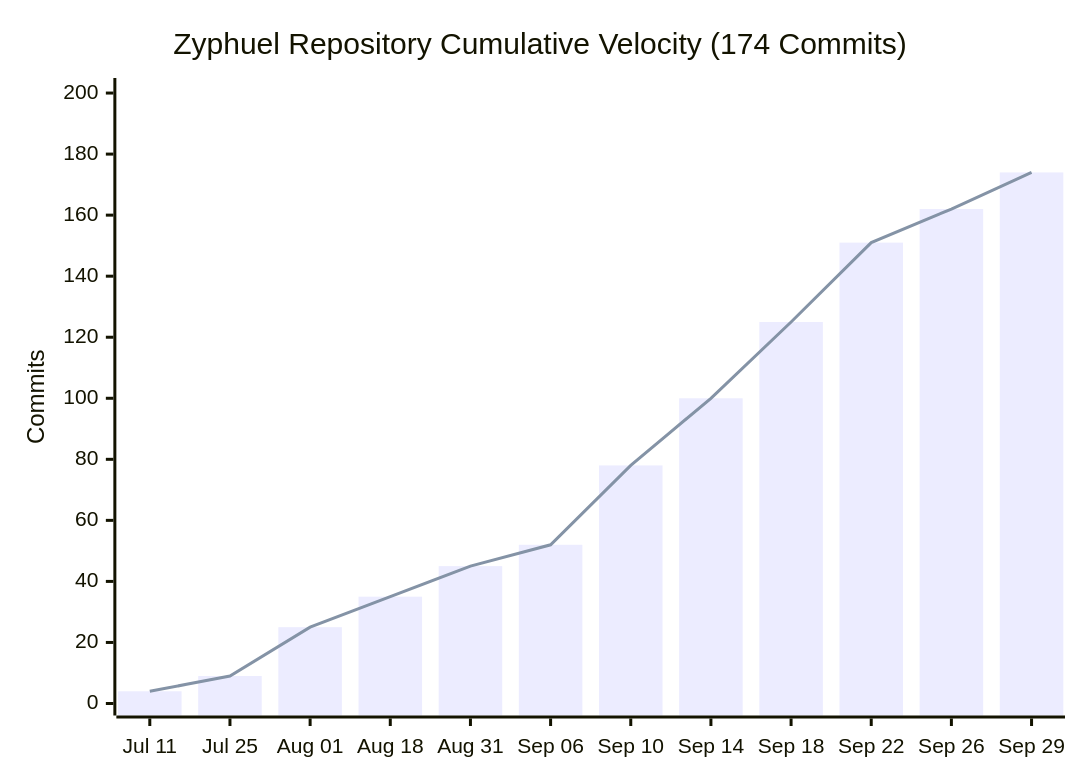
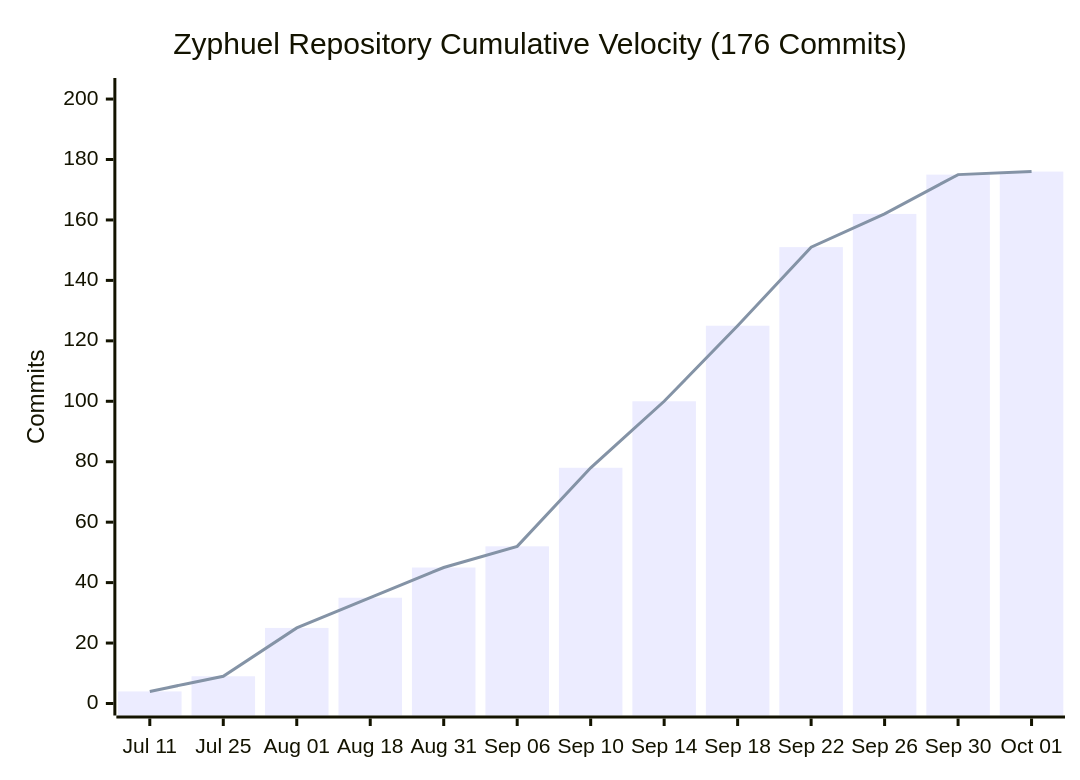
The diagram in README.md (daniyal44/Zyphuel), drawn with Mermaid before and after one commit. The commit also changed other lines of this file and 7 other files, not shown here.

Commit message:
chore(graph): auto-update github commit velocity graph [skip ci]

````diff
--- a/README.md
+++ b/README.md
@@ -155,8 +155,8 @@
 ```mermaid
 xychart-beta
-    title "Zyphuel Repository Cumulative Velocity (174 Commits)"
-    x-axis ["Jul 11", "Jul 25", "Aug 01", "Aug 18", "Aug 31", "Sep 06", "Sep 10", "Sep 14", "Sep 18", "Sep 22", "Sep 26", "Sep 29"]
-    y-axis "Commits" 0 --> 201
-    bar [4, 9, 25, 35, 45, 52, 78, 100, 125, 151, 162, 174]
-    line [4, 9, 25, 35, 45, 52, 78, 100, 125, 151, 162, 174]
+    title "Zyphuel Repository Cumulative Velocity (176 Commits)"
+    x-axis ["Jul 11", "Jul 25", "Aug 01", "Aug 18", "Aug 31", "Sep 06", "Sep 10", "Sep 14", "Sep 18", "Sep 22", "Sep 26", "Sep 30", "Oct 01"]
+    y-axis "Commits" 0 --> 203
+    bar [4, 9, 25, 35, 45, 52, 78, 100, 125, 151, 162, 175, 176]
+    line [4, 9, 25, 35, 45, 52, 78, 100, 125, 151, 162, 175, 176]
 ```
````
